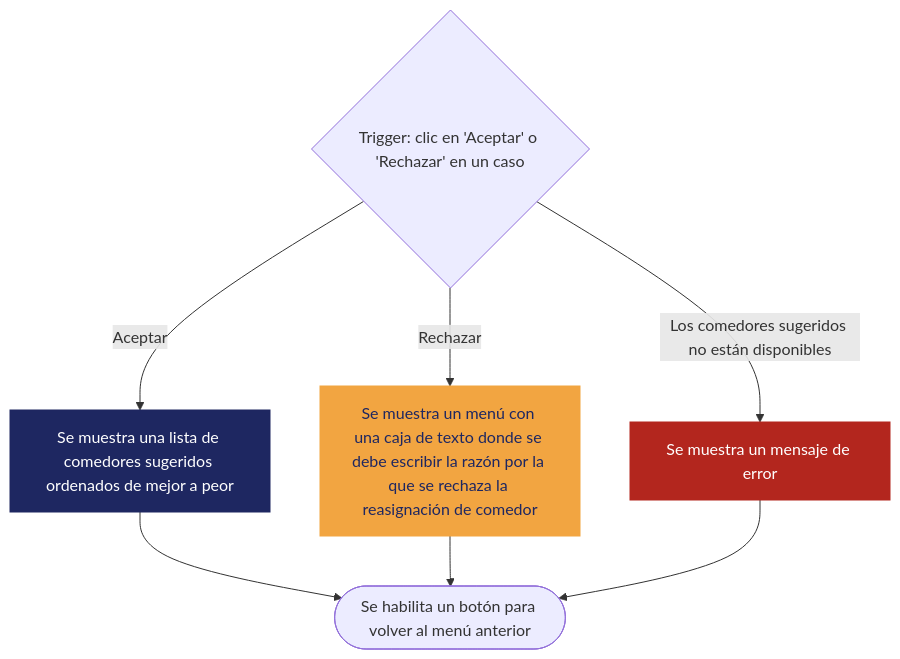
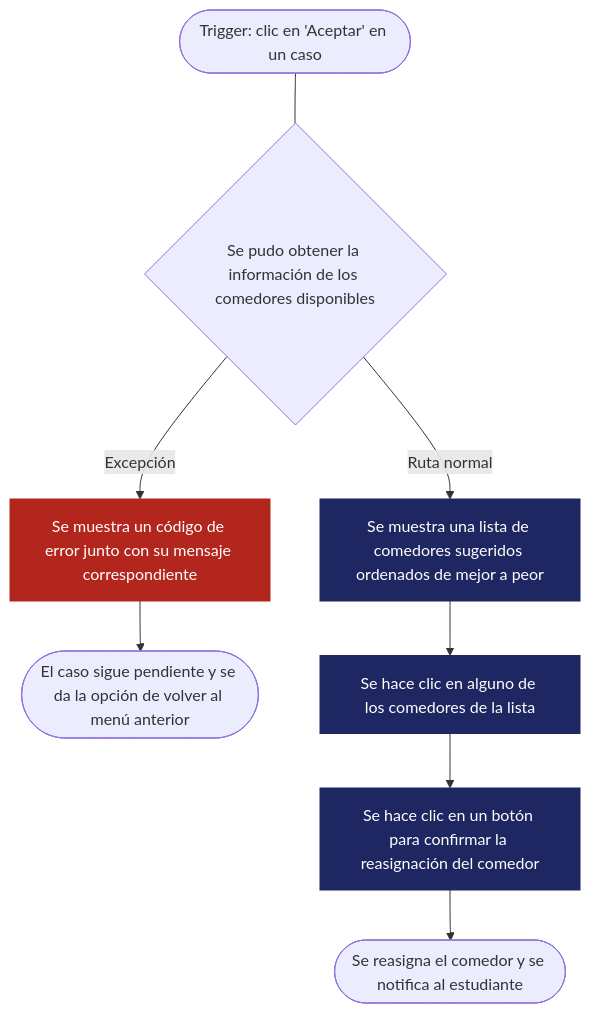
Before and after one commit to alfredoquev/Almuerzate.app: the second of 5 diagrams in docs/REQ-01-Sistema-de-manejo-de-casos-especiales.md, drawn with Mermaid. The commit also changed other lines of this file, not shown here.

````diff
--- a/docs/REQ-01-Sistema-de-manejo-de-casos-especiales.md
+++ b/docs/REQ-01-Sistema-de-manejo-de-casos-especiales.md
@@ -205,16 +243,15 @@
 ```mermaid
 flowchart TD
-    A{Trigger: clic en 'Aceptar' o 'Rechazar' en un caso} -- "Aceptar" --> B["Se muestra una lista de comedores sugeridos ordenados de mejor a peor"]
-    A -- "Rechazar" --> C["Se muestra un menú con una caja de texto donde se debe escribir la razón por la que se rechaza la reasignación de comedor"]
-    A -- "Los comedores sugeridos no están disponibles" --> D["Se muestra un mensaje de error"]
-    B --> E(["Se habilita un botón para volver al menú anterior"])
-    C --> E
-    D --> E
+    A([Trigger: clic en 'Aceptar' en un caso]) --- F{"Se pudo obtener la información de los comedores disponibles"}
+    F -- "Ruta normal" --> B["Se muestra una lista de comedores sugeridos ordenados de mejor a peor"]
+    F -- "Excepción" --> C["Se muestra un código de error junto con su mensaje correspondiente"]
+    C --> D(["El caso sigue pendiente y se da la opción de volver al menú anterior"])
+    B --> G["Se hace clic en alguno de los comedores de la lista"]
+    G --> H["Se hace clic en un botón para confirmar la reasignación del comedor"]
+    H --> E(["Se reasigna el comedor y se notifica al estudiante"])
 
     classDef mainflow fill:#1E2761,color:#ffffff,stroke:#1E2761;
-    classDef alt fill:#F2A541,color:#1E2761,stroke:#F2A541;
     classDef exception fill:#B3261E,color:#ffffff,stroke:#B3261E;
-    class B mainflow;
-    class C alt;
-    class D exception;
+    class B,G,H mainflow;
+    class C exception;
 ```
````
